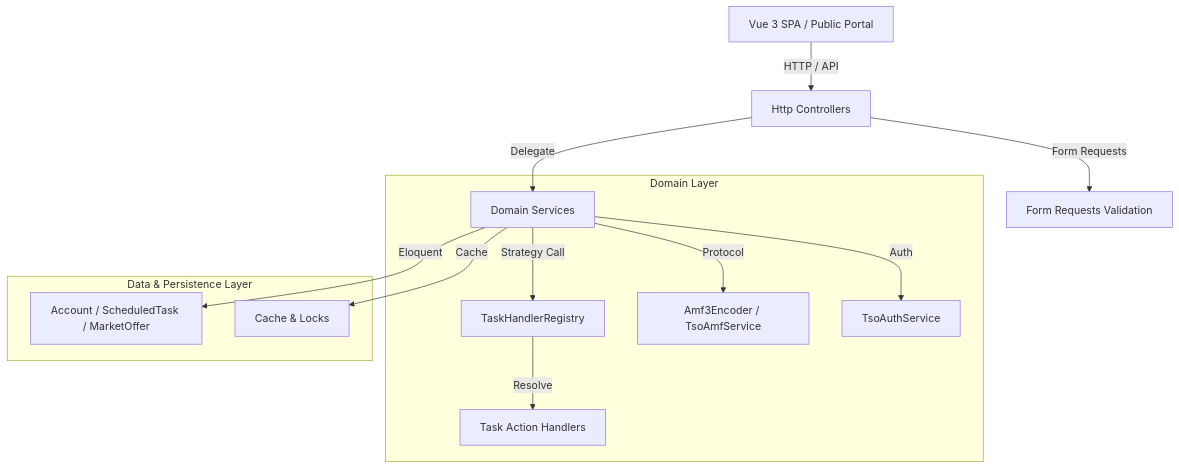
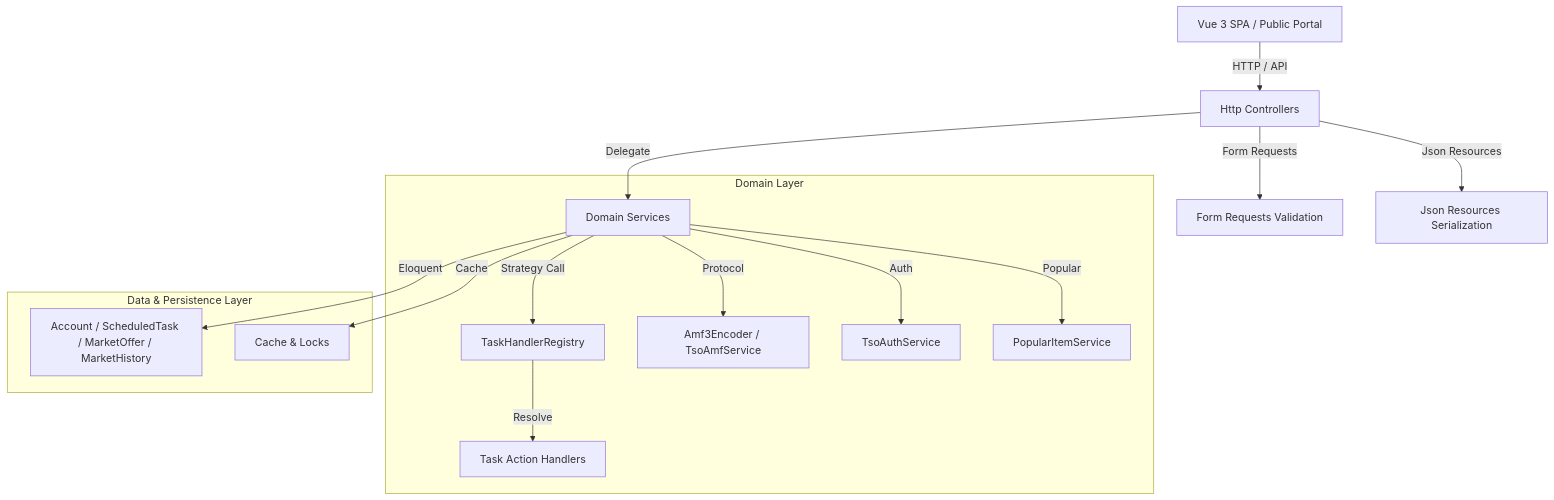
The diagram in docs/spec/solid-refactor/design.md (Glebsky/tso-manager-render), drawn with Mermaid before and after one commit. The commit also changed other lines of this file and 3 other files, not shown here.

Commit message:
docs(spec): update SOLID refactoring specification and roadmap

````diff
--- a/docs/spec/solid-refactor/design.md
+++ b/docs/spec/solid-refactor/design.md
@@ -5,18 +5,20 @@
 ```mermaid
 graph TD
     Client[Vue 3 SPA / Public Portal] -->|HTTP / API| Controllers[Http Controllers]
     Controllers -->|Form Requests| FormRequests[Form Requests Validation]
+    Controllers -->|Json Resources| JsonResources[Json Resources Serialization]
     Controllers -->|Delegate| Services[Domain Services]
     
     subgraph "Domain Layer"
         Services -->|Strategy Call| TaskRegistry[TaskHandlerRegistry]
         TaskRegistry -->|Resolve| TaskHandlers[Task Action Handlers]
         Services -->|Protocol| AMFClient[Amf3Encoder / TsoAmfService]
         Services -->|Auth| AuthService[TsoAuthService]
+        Services -->|Popular| PopularService[PopularItemService]
     end
 
     subgraph "Data & Persistence Layer"
-        Services -->|Eloquent| Models[Account / ScheduledTask / MarketOffer]
+        Services -->|Eloquent| Models[Account / ScheduledTask / MarketOffer / MarketHistory]
         Services -->|Cache| Redis[Cache & Locks]
     end
 ```
````
